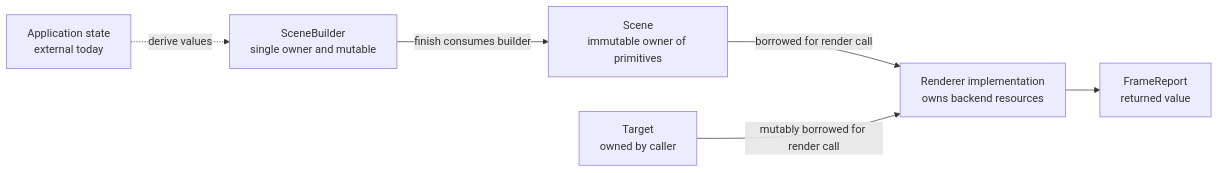
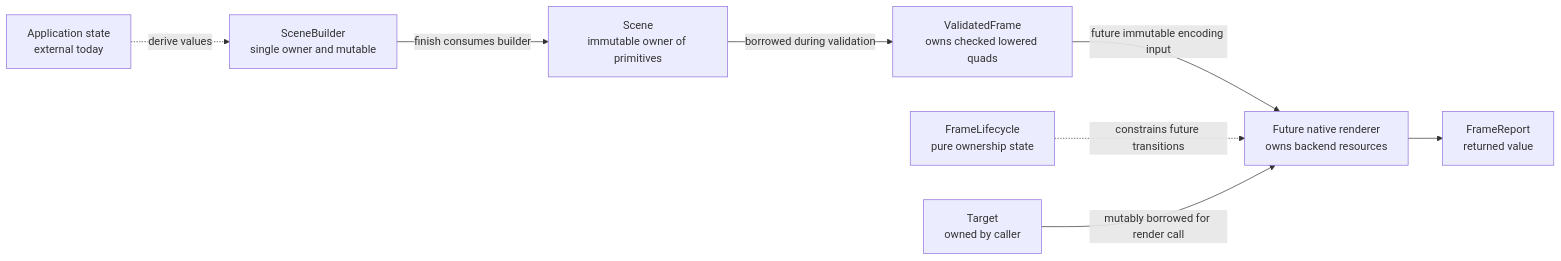
The second of 7 diagrams in ARCHITECTURE.md (dbuddha/alpine-gpui), drawn with Mermaid before and after one commit. The commit also changed other lines of this file and 16 other files, not shown here.

````diff
--- a/ARCHITECTURE.md
+++ b/ARCHITECTURE.md
@@ -53,15 +68,19 @@
 ```mermaid
 flowchart LR
     state["Application state<br/>external today"]
     builder["SceneBuilder<br/>single owner and mutable"]
     snapshot["Scene<br/>immutable owner of primitives"]
-    renderer["Renderer implementation<br/>owns backend resources"]
+    plan["ValidatedFrame<br/>owns checked lowered quads"]
+    lifecycle["FrameLifecycle<br/>pure ownership state"]
+    renderer["Future native renderer<br/>owns backend resources"]
     target["Target<br/>owned by caller"]
     report["FrameReport<br/>returned value"]
 
     state -. "derive values" .-> builder
     builder -->|"finish consumes builder"| snapshot
-    snapshot -->|"borrowed for render call"| renderer
+    snapshot -->|"borrowed during validation"| plan
+    plan -->|"future immutable encoding input"| renderer
+    lifecycle -. "constrains future transitions" .-> renderer
     target -->|"mutably borrowed for render call"| renderer
     renderer --> report
 ```
````
